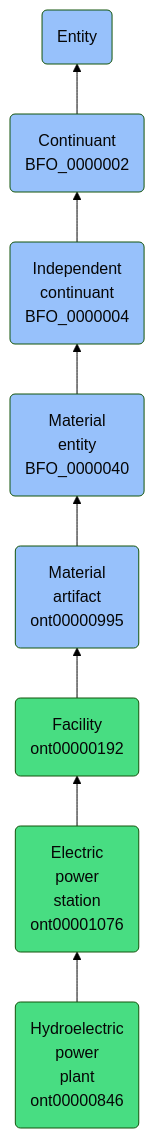
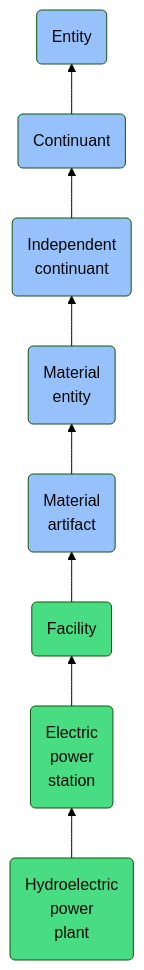
Before and after one commit to jupyter-naas/abi: the diagram in docs/ontology/reference/model/Entity/Continuant/Independent continuant/Material entity/Material artifact/Facility/Electric power station/Hydroelectric power plant/Hydroelectric power plant.md, drawn with Mermaid (forest theme). The commit also changed other lines of this file and 1430 other files, not shown here.

````diff
--- a/docs/ontology/reference/model/Entity/Continuant/Independent continuant/Material entity/Material artifact/Facility/Electric power station/Hydroelectric power plant/Hydroelectric power plant.md
+++ b/docs/ontology/reference/model/Entity/Continuant/Independent continuant/Material entity/Material artifact/Facility/Electric power station/Hydroelectric power plant/Hydroelectric power plant.md
@@ -24,15 +24,15 @@
 ```mermaid
 graph BT
-    ont00000846(Hydroelectric<br>power<br>plant<br>ont00000846):::ABI-->ont00001076
-    ont00001076(Electric<br>power<br>station<br>ont00001076):::ABI-->ont00000192
-    ont00000192(Facility<br>ont00000192):::ABI-->ont00000995
-    ont00000995(Material<br>artifact<br>ont00000995):::BFO-->BFO_0000040
-    BFO_0000040(Material<br>entity<br>BFO_0000040):::BFO-->BFO_0000004
-    BFO_0000004(Independent<br>continuant<br>BFO_0000004):::BFO-->BFO_0000002
-    BFO_0000002(Continuant<br>BFO_0000002):::BFO-->BFO_0000001
+    ont00000846(Hydroelectric<br>power<br>plant):::ABI-->ont00001076
+    ont00001076(Electric<br>power<br>station):::ABI-->ont00000192
+    ont00000192(Facility):::ABI-->ont00000995
+    ont00000995(Material<br>artifact):::BFO-->BFO_0000040
+    BFO_0000040(Material<br>entity):::BFO-->BFO_0000004
+    BFO_0000004(Independent<br>continuant):::BFO-->BFO_0000002
+    BFO_0000002(Continuant):::BFO-->BFO_0000001
     BFO_0000001(Entity):::BFO
     
     classDef BFO fill:#97c1fb,color:#060606
     classDef CCO fill:#e4c51e,color:#060606
     classDef ABI fill:#48DD82,color:#060606
 ```
````
